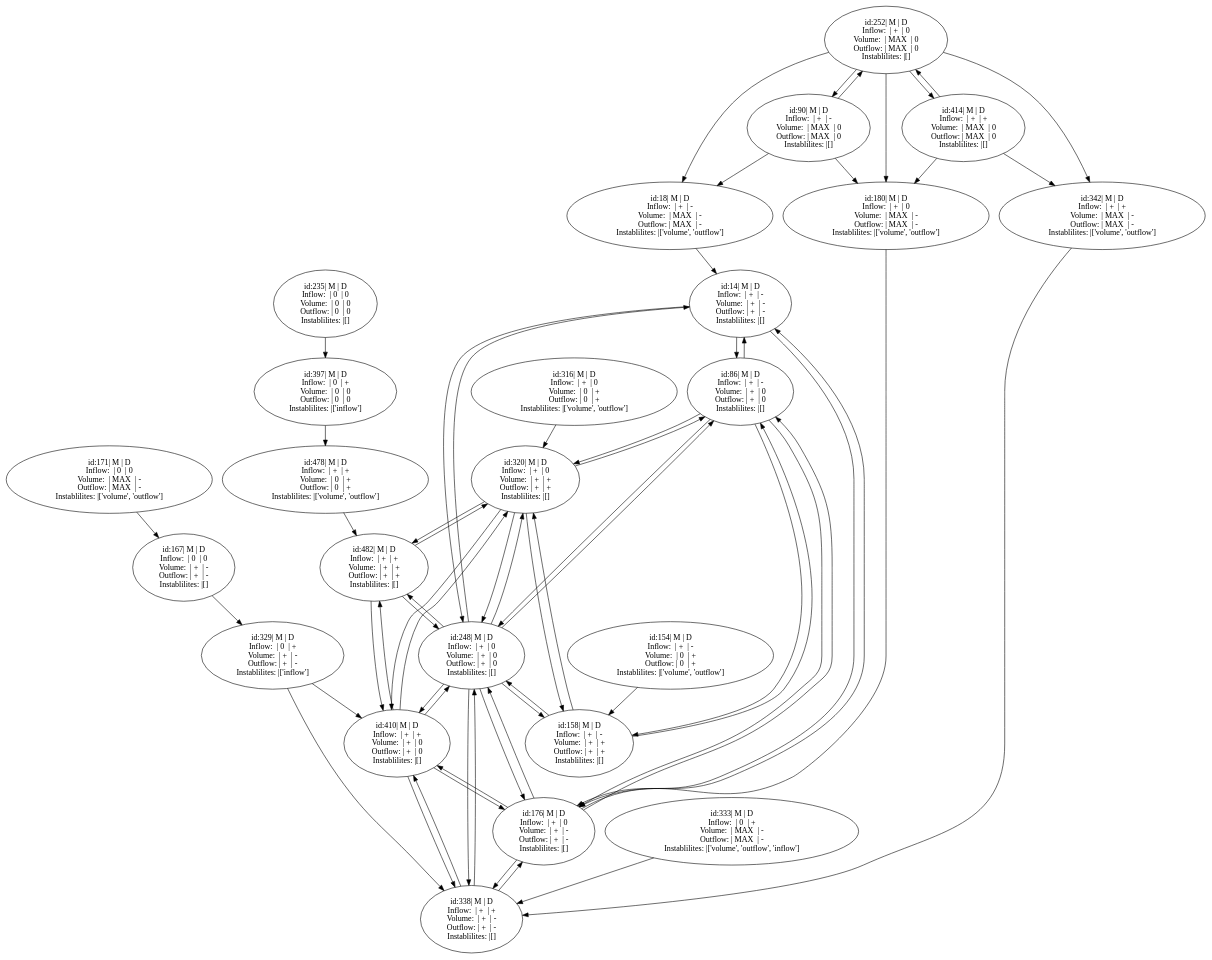
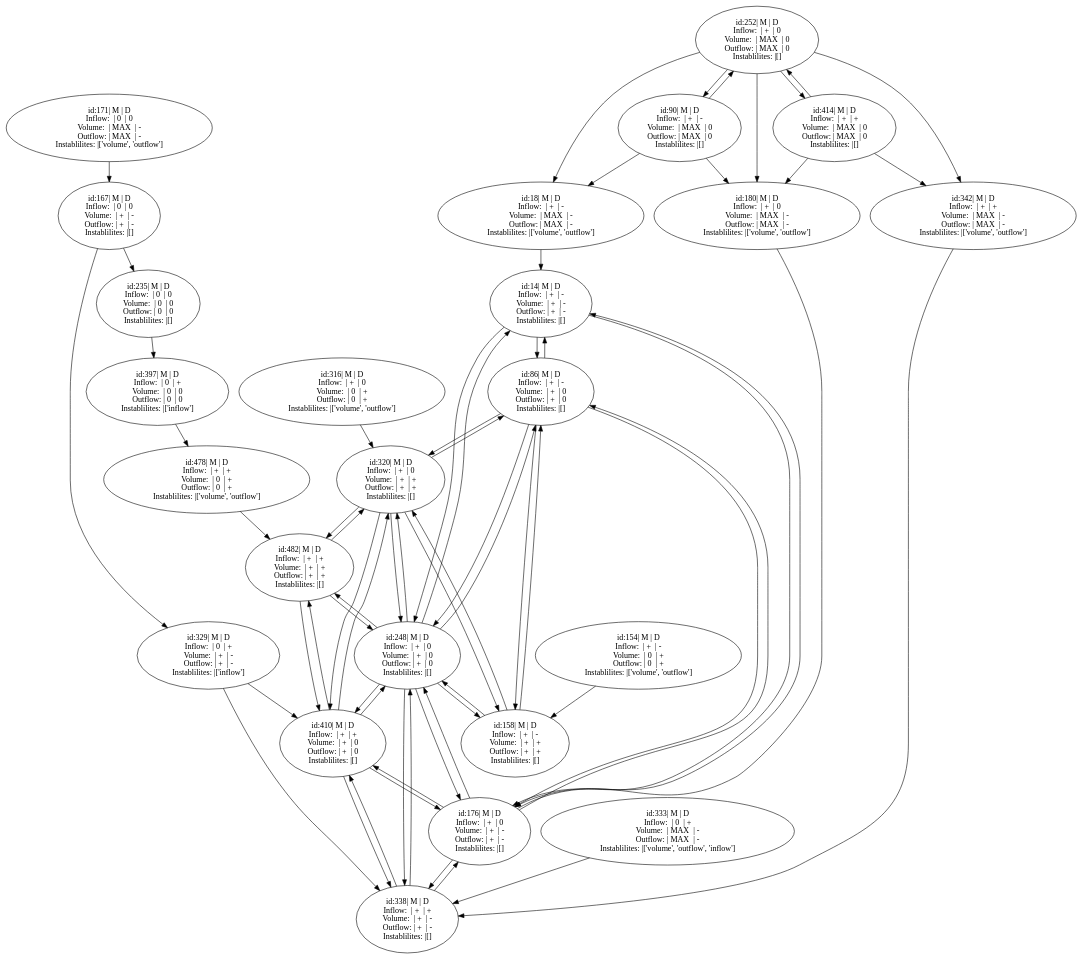
Before and after one commit to JappaB/Knowledge_Representation: the diagram in QR assignment/graph.gv, drawn with Graphviz. The commit also changed 1 other file, not shown here.

```diff
--- a/QR assignment/graph.gv
+++ b/QR assignment/graph.gv
@@ -1,186 +1,187 @@
 digraph {
 	14 [label="id:14| M | D 
 Inflow:  | +  | -
 Volume:  | +  | -
 Outflow: | +  | -
 Instablilites: |[]"]
 	18 [label="id:18| M | D 
 Inflow:  | +  | -
 Volume:  | MAX  | -
 Outflow: | MAX  | -
 Instablilites: |['volume', 'outflow']"]
 	86 [label="id:86| M | D 
 Inflow:  | +  | -
 Volume:  | +  | 0
 Outflow: | +  | 0
 Instablilites: |[]"]
 	90 [label="id:90| M | D 
 Inflow:  | +  | -
 Volume:  | MAX  | 0
 Outflow: | MAX  | 0
 Instablilites: |[]"]
 	154 [label="id:154| M | D 
 Inflow:  | +  | -
 Volume:  | 0  | +
 Outflow: | 0  | +
 Instablilites: |['volume', 'outflow']"]
 	158 [label="id:158| M | D 
 Inflow:  | +  | -
 Volume:  | +  | +
 Outflow: | +  | +
 Instablilites: |[]"]
 	167 [label="id:167| M | D 
 Inflow:  | 0  | 0
 Volume:  | +  | -
 Outflow: | +  | -
 Instablilites: |[]"]
 	171 [label="id:171| M | D 
 Inflow:  | 0  | 0
 Volume:  | MAX  | -
 Outflow: | MAX  | -
 Instablilites: |['volume', 'outflow']"]
 	176 [label="id:176| M | D 
 Inflow:  | +  | 0
 Volume:  | +  | -
 Outflow: | +  | -
 Instablilites: |[]"]
 	180 [label="id:180| M | D 
 Inflow:  | +  | 0
 Volume:  | MAX  | -
 Outflow: | MAX  | -
 Instablilites: |['volume', 'outflow']"]
 	235 [label="id:235| M | D 
 Inflow:  | 0  | 0
 Volume:  | 0  | 0
 Outflow: | 0  | 0
 Instablilites: |[]"]
 	248 [label="id:248| M | D 
 Inflow:  | +  | 0
 Volume:  | +  | 0
 Outflow: | +  | 0
 Instablilites: |[]"]
 	252 [label="id:252| M | D 
 Inflow:  | +  | 0
 Volume:  | MAX  | 0
 Outflow: | MAX  | 0
 Instablilites: |[]"]
 	316 [label="id:316| M | D 
 Inflow:  | +  | 0
 Volume:  | 0  | +
 Outflow: | 0  | +
 Instablilites: |['volume', 'outflow']"]
 	320 [label="id:320| M | D 
 Inflow:  | +  | 0
 Volume:  | +  | +
 Outflow: | +  | +
 Instablilites: |[]"]
 	329 [label="id:329| M | D 
 Inflow:  | 0  | +
 Volume:  | +  | -
 Outflow: | +  | -
 Instablilites: |['inflow']"]
 	333 [label="id:333| M | D 
 Inflow:  | 0  | +
 Volume:  | MAX  | -
 Outflow: | MAX  | -
 Instablilites: |['volume', 'outflow', 'inflow']"]
 	338 [label="id:338| M | D 
 Inflow:  | +  | +
 Volume:  | +  | -
 Outflow: | +  | -
 Instablilites: |[]"]
 	342 [label="id:342| M | D 
 Inflow:  | +  | +
 Volume:  | MAX  | -
 Outflow: | MAX  | -
 Instablilites: |['volume', 'outflow']"]
 	397 [label="id:397| M | D 
 Inflow:  | 0  | +
 Volume:  | 0  | 0
 Outflow: | 0  | 0
 Instablilites: |['inflow']"]
 	410 [label="id:410| M | D 
 Inflow:  | +  | +
 Volume:  | +  | 0
 Outflow: | +  | 0
 Instablilites: |[]"]
 	414 [label="id:414| M | D 
 Inflow:  | +  | +
 Volume:  | MAX  | 0
 Outflow: | MAX  | 0
 Instablilites: |[]"]
 	478 [label="id:478| M | D 
 Inflow:  | +  | +
 Volume:  | 0  | +
 Outflow: | 0  | +
 Instablilites: |['volume', 'outflow']"]
 	482 [label="id:482| M | D 
 Inflow:  | +  | +
 Volume:  | +  | +
 Outflow: | +  | +
 Instablilites: |[]"]
 		18 -> 14
 		14 -> 86
 		86 -> 14
 		14 -> 176
 		176 -> 14
 		14 -> 248
 		248 -> 14
 		90 -> 18
 		252 -> 18
 		86 -> 158
 		158 -> 86
 		86 -> 176
 		176 -> 86
 		86 -> 248
 		248 -> 86
 		86 -> 320
 		320 -> 86
 		90 -> 180
 		90 -> 252
 		252 -> 90
 		154 -> 158
 		158 -> 248
 		248 -> 158
 		158 -> 320
 		320 -> 158
 		171 -> 167
+		167 -> 235
 		167 -> 329
 		180 -> 176
 		176 -> 248
 		248 -> 176
 		176 -> 338
 		338 -> 176
 		176 -> 410
 		410 -> 176
 		252 -> 180
 		414 -> 180
 		235 -> 397
 		248 -> 320
 		320 -> 248
 		248 -> 338
 		338 -> 248
 		248 -> 410
 		410 -> 248
 		248 -> 482
 		482 -> 248
 		252 -> 342
 		252 -> 414
 		414 -> 252
 		316 -> 320
 		320 -> 410
 		410 -> 320
 		320 -> 482
 		482 -> 320
 		329 -> 338
 		329 -> 410
 		333 -> 338
 		342 -> 338
 		338 -> 410
 		410 -> 338
 		414 -> 342
 		397 -> 478
 		410 -> 482
 		482 -> 410
 		478 -> 482
 }
```
